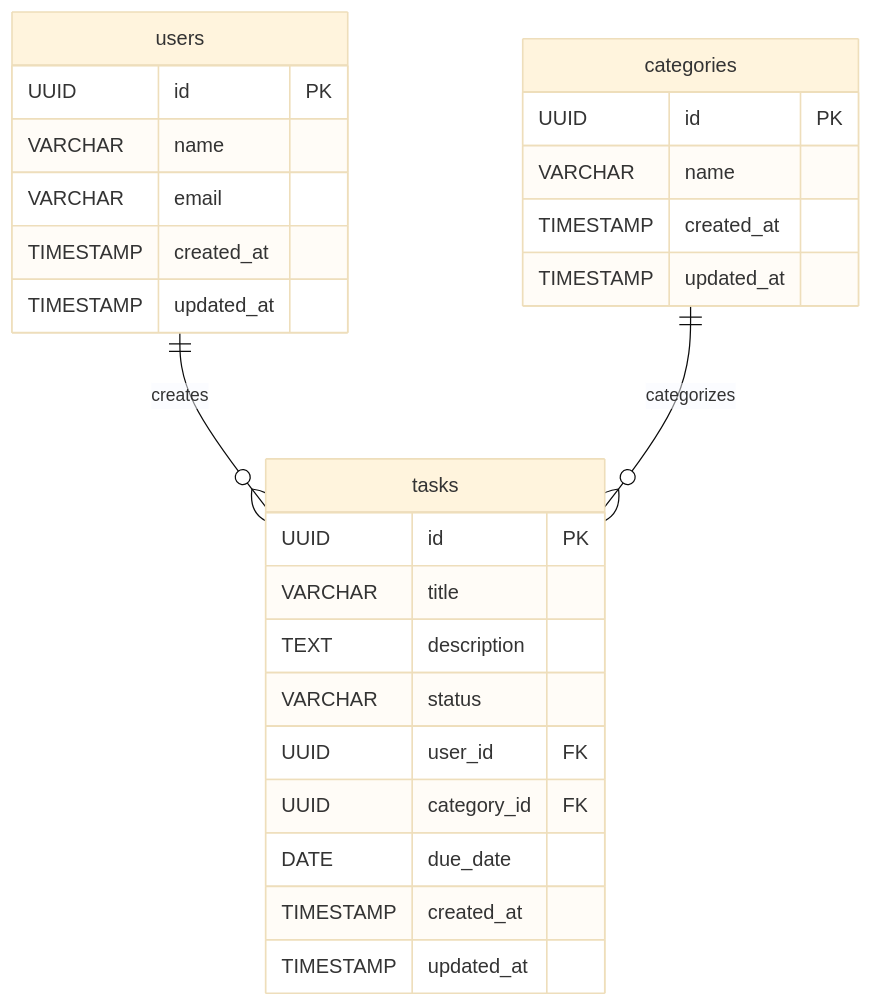
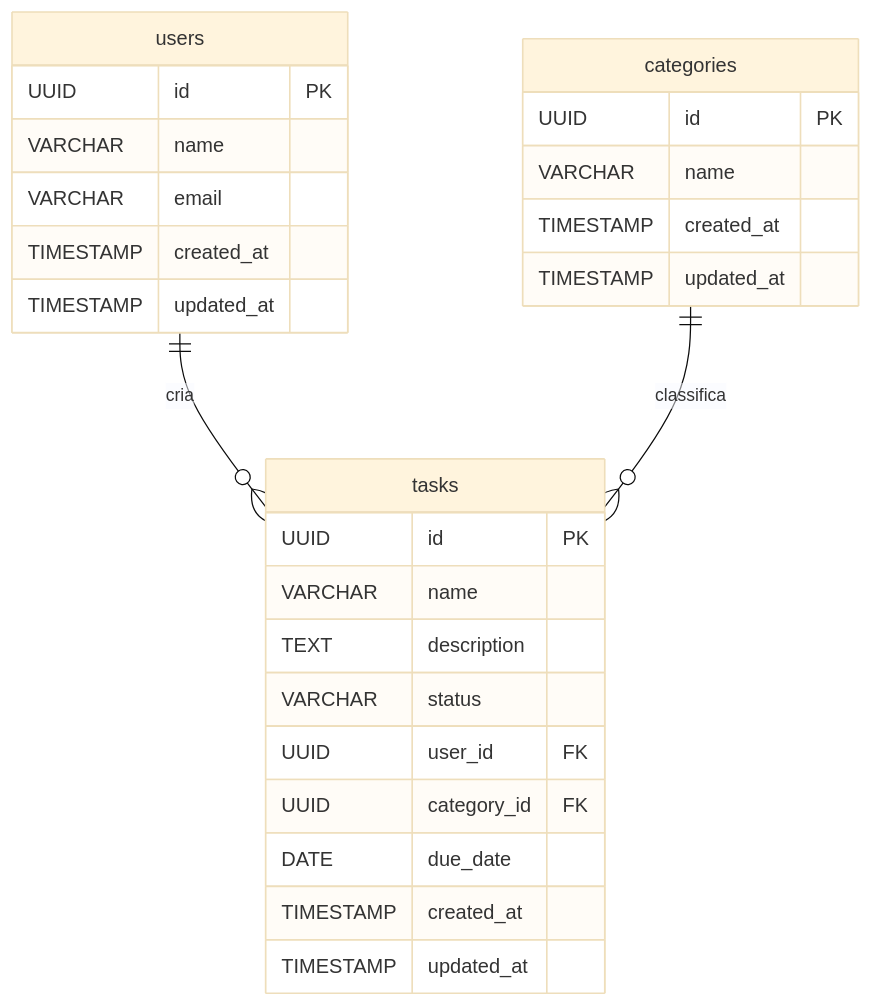
One commit to B0czar/PM2-YuriBoczar changed the diagram in documents/wad.md. Above: the diagram before and after it, drawn with Mermaid (base theme). The commit also changed other lines of this file and 3 other files, not shown here.

Commit message:
docs: update README, architecture.md, and wad.md for improved clarity and structure;

````diff
--- a/documents/wad.md
+++ b/documents/wad.md
@@ -46,32 +49,32 @@
 ```mermaid
 erDiagram
-    users ||--o{ tasks : creates
-    categories ||--o{ tasks : categorizes
+    users ||--o{ tasks : "cria"
+    categories ||--o{ tasks : "classifica"
 
     users {
         UUID id PK
         VARCHAR name
         VARCHAR email
         TIMESTAMP created_at
         TIMESTAMP updated_at
     }
 
     categories {
         UUID id PK
         VARCHAR name
         TIMESTAMP created_at
         TIMESTAMP updated_at
     }
 
     tasks {
         UUID id PK
-        VARCHAR title
+        VARCHAR name
         TEXT description
         VARCHAR status
         UUID user_id FK
         UUID category_id FK
         DATE due_date
         TIMESTAMP created_at
         TIMESTAMP updated_at
     }
 ```
````
